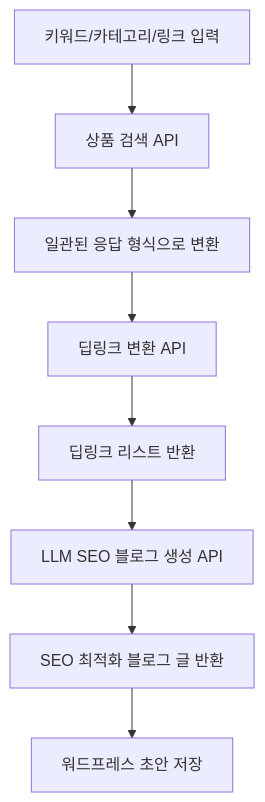
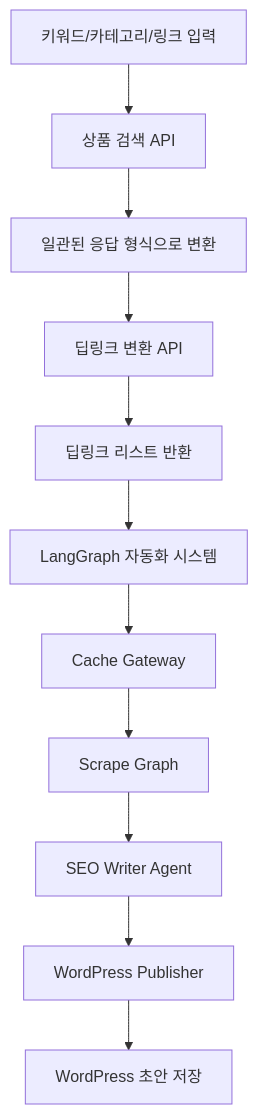
The first of 2 diagrams in README.md (kjh5848/cp9), drawn with Mermaid before and after one commit. The commit also changed other lines of this file and 16 other files, not shown here.

````diff
--- a/README.md
+++ b/README.md
@@ -149,10 +186,13 @@
 ```mermaid
 graph TD
 A[키워드/카테고리/링크 입력] --> B[상품 검색 API]
 B --> C[일관된 응답 형식으로 변환]
 C --> D[딥링크 변환 API]
 D --> E[딥링크 리스트 반환]
-E --> F[LLM SEO 블로그 생성 API]
-F --> G[SEO 최적화 블로그 글 반환]
-G --> H[워드프레스 초안 저장]
+E --> F[LangGraph 자동화 시스템]
+F --> G[Cache Gateway]
+G --> H[Scrape Graph]
+H --> I[SEO Writer Agent]
+I --> J[WordPress Publisher]
+J --> K[WordPress 초안 저장]
 ```
````
